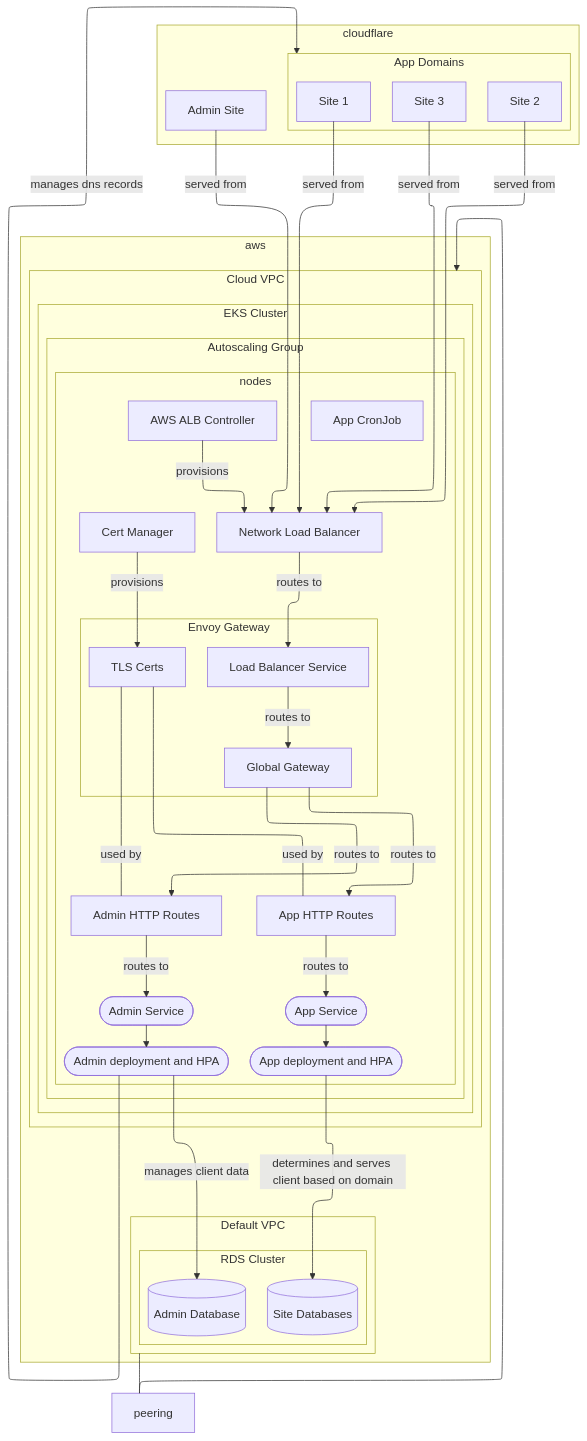
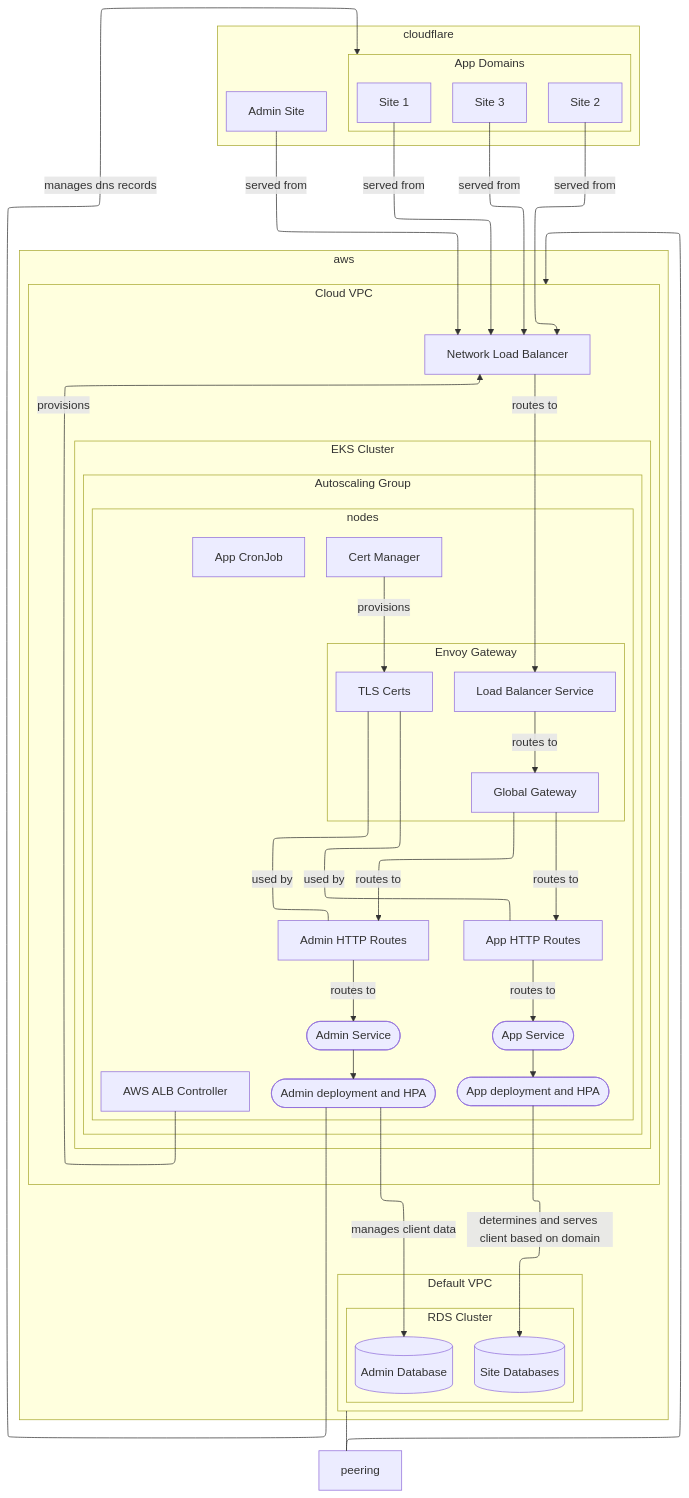
One commit to Azuka/my changed the third of 3 diagrams in content/posts/post-0008-scaling-legacy-congregate.md. Above: the diagram before and after it, drawn with Mermaid.

Commit message:
Refactor scaling diagram components
Rearranged components in the scaling diagram for clarity.

````diff
--- a/content/posts/post-0008-scaling-legacy-congregate.md
+++ b/content/posts/post-0008-scaling-legacy-congregate.md
@@ -338,71 +338,71 @@
 ```mermaid
 ---
 config:
   layout: elk
   elk:
     mergeEdges: true
     nodePlacementStrategy: LINEAR_SEGMENTS
 ---
 flowchart TD
     subgraph db["RDS Cluster"]
         sitedbs[(Site Databases)]
         admindb[(Admin Database)]
     end
     subgraph defaultvpc["Default VPC"]
         db
     end
     subgraph aws
         defaultvpc
         cloudvpc
     end
     subgraph gw["Envoy Gateway"]
         lb["Load Balancer Service"]
         gateway["Global Gateway"]
         tls["TLS Certs"]
     end
     subgraph nodes
         awsalb["AWS ALB Controller"]
         cm["Cert Manager"]
         gw
         app(["App deployment and HPA"])
         svc(["App Service"])
         adminsvc(["Admin Service"])
         admin(["Admin deployment and HPA"])
         cron1["App CronJob"]
         apphttproutes["App HTTP Routes"]
         adminhttproutes["Admin HTTP Routes"]
-        awsalb -- provisions --> nlb
-        cm -- provisions --> tls
-        svc --> app
-        adminsvc --> admin
-        lb -- routes to --> gateway
     end
     subgraph asg["Autoscaling Group"]
         nodes
     end
     subgraph cluster["EKS Cluster"]
         asg
     end
     subgraph cloudflare
         subgraph appdomains["App Domains"]
             site1["Site 1"]
             site2["Site 2"]
             site3["Site 3"]
         end
         adminsite["Admin Site"]
     end
     subgraph cloudvpc["Cloud VPC"]
         cluster
         nlb["Network Load Balancer"]
     end
     defaultvpc <--- peering --> cloudvpc
     tls -- used by --- apphttproutes & adminhttproutes
     site1 & site2 & site3 & adminsite -- served from --> nlb
     nlb -- routes to --> lb
     gateway -- routes to --> apphttproutes & adminhttproutes
     apphttproutes -- routes to --> svc
     adminhttproutes -- routes to --> adminsvc
     app -- determines and serves client based on domain --> sitedbs
     admin -- manages client data --> admindb
     admin -- manages dns records ----> appdomains
+    awsalb -- provisions --> nlb
+    cm -- provisions --> tls
+    svc --> app
+    adminsvc --> admin
+    lb -- routes to --> gateway
 ```
````
